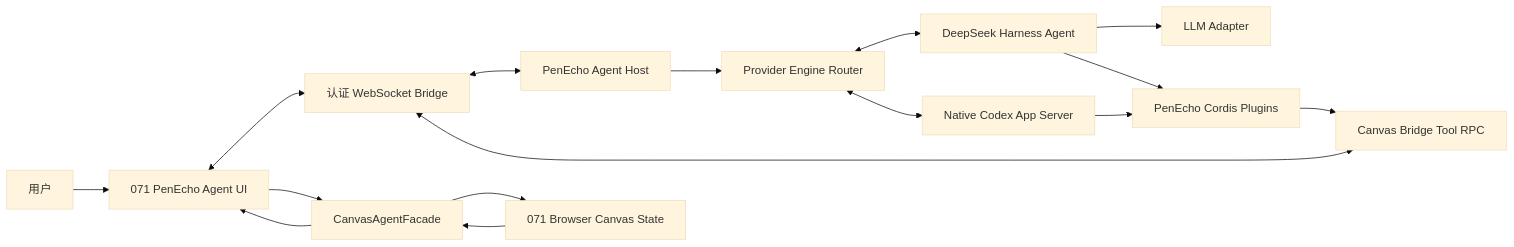
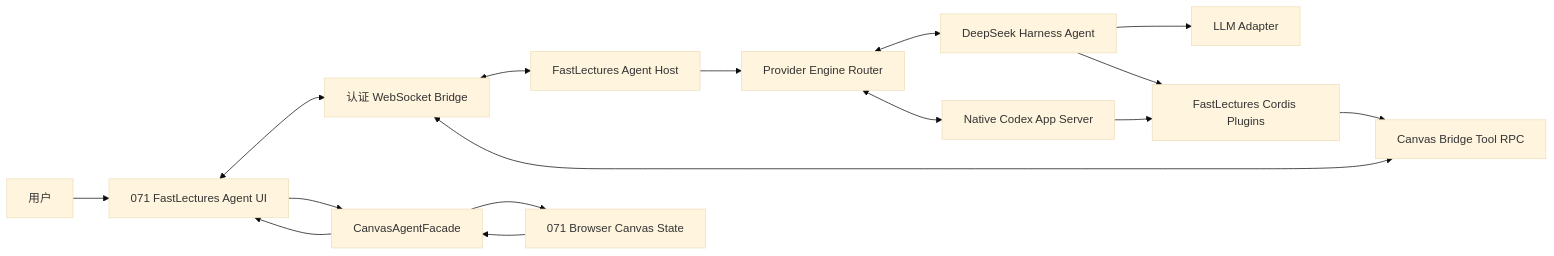
One commit to MominAsim/FastLectures changed the diagram in docs/canvas-agent-deepseek-harness-spec.md. Above: the diagram before and after it, drawn with Mermaid (base theme). The commit also changed other lines of this file and 412 other files, not shown here.

Commit message:
Add full FastLectures product: school auth, admin dashboard, billing, study, TTS, and FastLectures rebrand

````diff
--- a/docs/canvas-agent-deepseek-harness-spec.md
+++ b/docs/canvas-agent-deepseek-harness-spec.md
@@ -78,18 +78,18 @@
 ```mermaid
 flowchart LR
-    U["用户"] --> UI["071 PenEcho Agent UI"]
+    U["用户"] --> UI["071 FastLectures Agent UI"]
     UI <--> WS["认证 WebSocket Bridge"]
-    WS <--> H["PenEcho Agent Host"]
+    WS <--> H["FastLectures Agent Host"]
     H --> R["Provider Engine Router"]
     R <--> A["DeepSeek Harness Agent"]
     R <--> C["Native Codex App Server"]
     A --> L["LLM Adapter"]
-    A --> P["PenEcho Cordis Plugins"]
+    A --> P["FastLectures Cordis Plugins"]
     C --> P
     P --> B["Canvas Bridge Tool RPC"]
     B <--> WS
     UI --> F["CanvasAgentFacade"]
     F --> S["071 Browser Canvas State"]
     S --> F
     F --> UI
 ```
````
